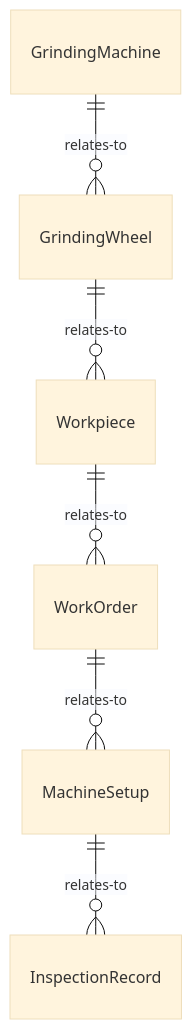
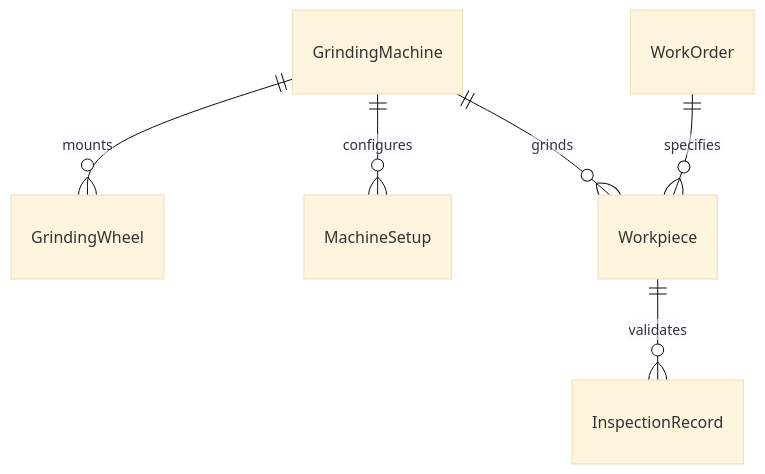
The first of 4 diagrams in ControllingMachinesAndProcesses/OperateCuttingOrGrindingEquipment/OperateGrindingEquipment.mdx (dot-org-ai/tasks.org.ai), drawn with Mermaid (base theme) before and after one commit. The commit also changed other lines of this file and 515 other files, not shown here.

````diff
--- a/ControllingMachinesAndProcesses/OperateCuttingOrGrindingEquipment/OperateGrindingEquipment.mdx
+++ b/ControllingMachinesAndProcesses/OperateCuttingOrGrindingEquipment/OperateGrindingEquipment.mdx
@@ -88,8 +88,8 @@
 ```mermaid
 erDiagram
-    GrindingMachine ||--o{ GrindingWheel : relates-to
-    GrindingWheel ||--o{ Workpiece : relates-to
-    Workpiece ||--o{ WorkOrder : relates-to
-    WorkOrder ||--o{ MachineSetup : relates-to
-    MachineSetup ||--o{ InspectionRecord : relates-to
+    GrindingMachine ||--o{ GrindingWheel : mounts
+    GrindingMachine ||--o{ MachineSetup : configures
+    WorkOrder ||--o{ Workpiece : specifies
+    GrindingMachine ||--o{ Workpiece : grinds
+    Workpiece ||--o{ InspectionRecord : validates
 ```
````
